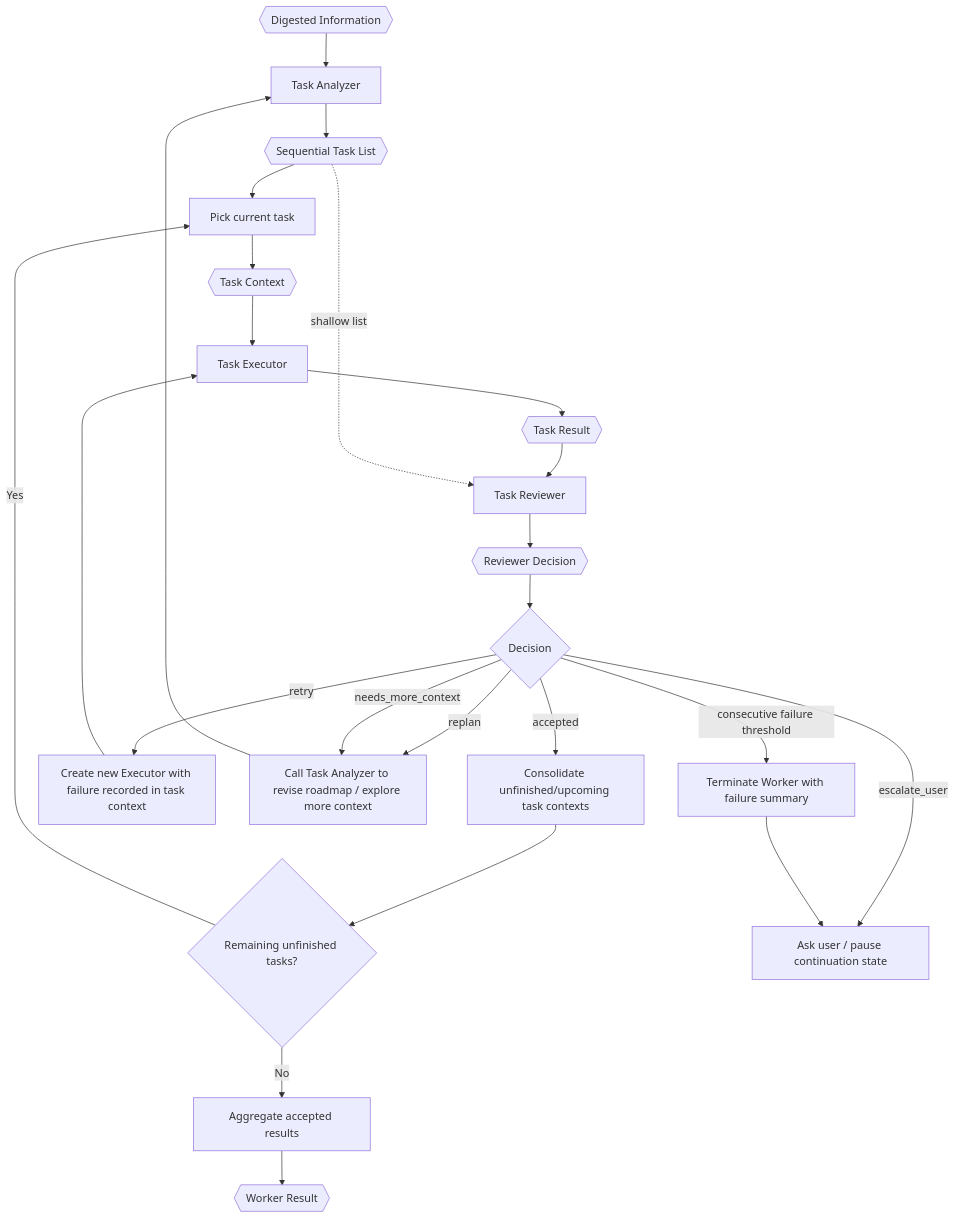
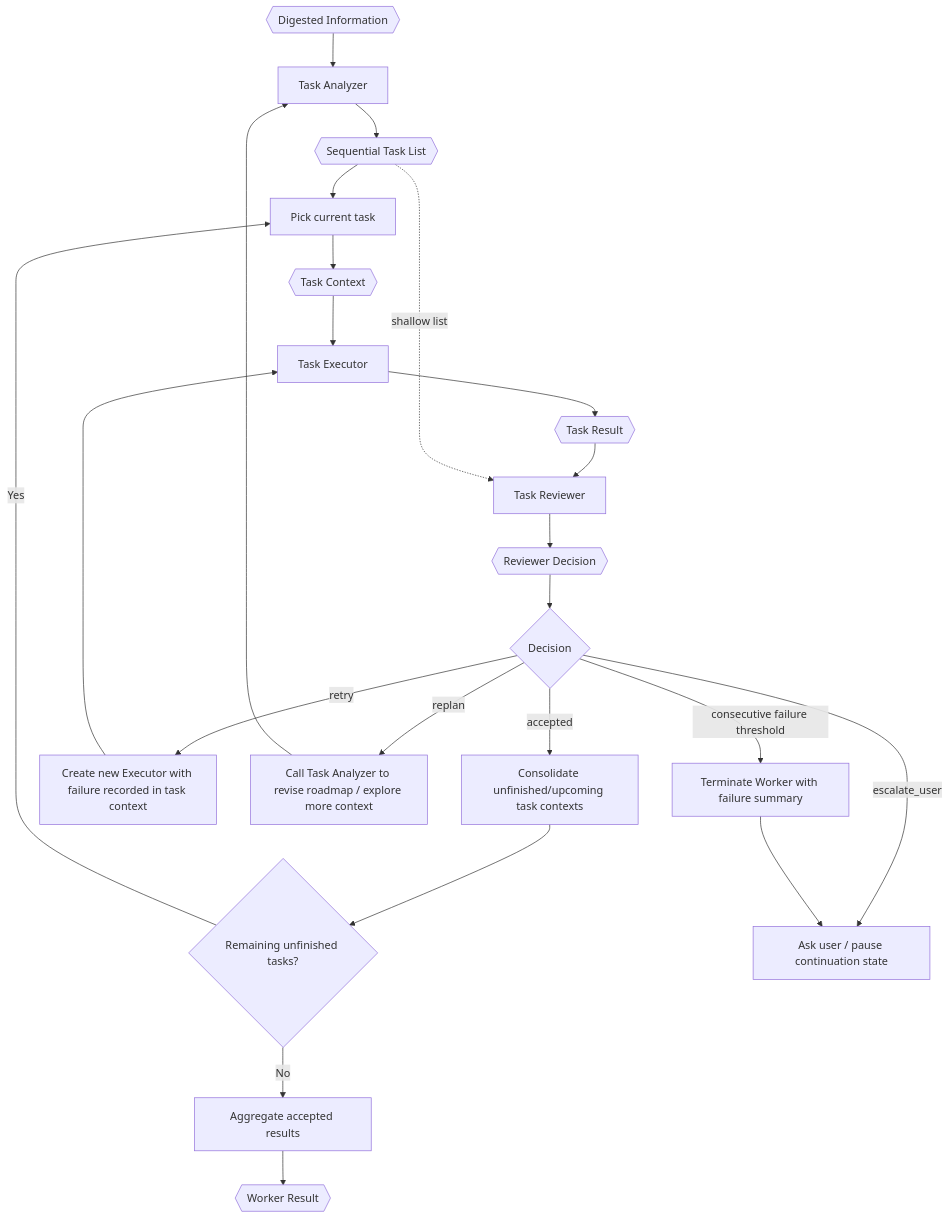
Before and after one commit to VJyzCELERY/TINYCUA: the diagram in src/tinycua/docs/architecture/worker-orchestration.md, drawn with Mermaid. The commit also changed 5 other files, not shown here.

First line of the commit message:
docs(architecture): simplify state objects and merge needs_more_context into replan

````diff
--- a/src/tinycua/docs/architecture/worker-orchestration.md
+++ b/src/tinycua/docs/architecture/worker-orchestration.md
@@ -51,45 +51,44 @@
 ```mermaid
 flowchart TD
     DI{{"Digested Information"}}
     TA["Task Analyzer"]
     TL{{"Sequential Task List"}}
     PICK["Pick current task"]
     TC{{"Task Context"}}
     TE["Task Executor"]
     TRS{{"Task Result"}}
     RV["Task Reviewer"]
     DEC{{"Reviewer Decision"}}
     NEXT{"Decision"}
     UPDATE["Consolidate unfinished/upcoming task contexts"]
     REMAIN{"Remaining unfinished tasks?"}
     RETRY["Create new Executor with failure recorded in task context"]
     REPLAN["Call Task Analyzer to revise roadmap / explore more context"]
     ASK["Ask user / pause continuation state"]
     FAIL_TERM["Terminate Worker with failure summary"]
     AGG["Aggregate accepted results"]
     WR{{"Worker Result"}}
 
     DI --> TA
     TA --> TL
     TL --> PICK
     PICK --> TC
     TC --> TE
     TE --> TRS
     TRS --> RV
     TL -. "shallow list" .-> RV
     RV --> DEC
     DEC --> NEXT
     NEXT -->|accepted| UPDATE
     UPDATE --> REMAIN
     REMAIN -->|Yes| PICK
     REMAIN -->|No| AGG
     NEXT -->|retry| RETRY
     RETRY --> TE
     NEXT -->|replan| REPLAN
-    NEXT -->|needs_more_context| REPLAN
     REPLAN --> TA
     NEXT -->|escalate_user| ASK
     NEXT -->|consecutive failure threshold| FAIL_TERM
     FAIL_TERM --> ASK
     AGG --> WR
 ```
````
